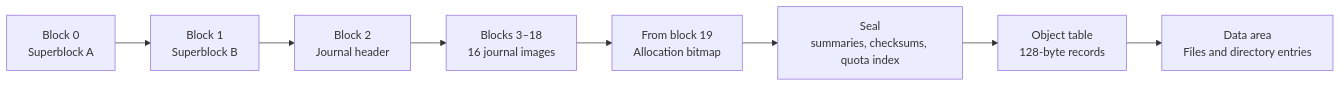
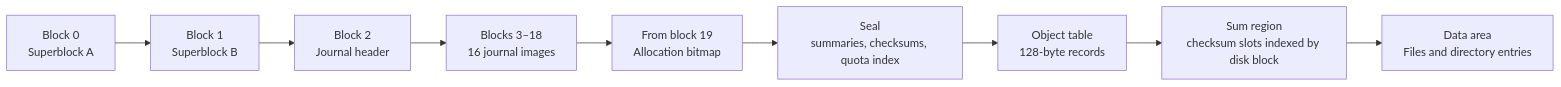
Before and after one commit to eliorodr2104/ReixOS: the diagram in Docs/Architecture/Storage.md, drawn with Mermaid. The commit also changed other lines of this file and 12 other files, not shown here.

````diff
--- a/Docs/Architecture/Storage.md
+++ b/Docs/Architecture/Storage.md
@@ -11,10 +11,11 @@
 ```mermaid
 flowchart LR
     A["Block 0<br/>Superblock A"] --> B["Block 1<br/>Superblock B"]
     B --> J["Block 2<br/>Journal header"]
     J --> P["Blocks 3–18<br/>16 journal images"]
     P --> BM["From block 19<br/>Allocation bitmap"]
     BM --> SL["Seal<br/>summaries, checksums, quota index"]
     SL --> OT["Object table<br/>128-byte records"]
-    OT --> DATA["Data area<br/>Files and directory entries"]
+    OT --> SUM["Sum region<br/>checksum slots indexed by disk block"]
+    SUM --> DATA["Data area<br/>Files and directory entries"]
 ```
````
